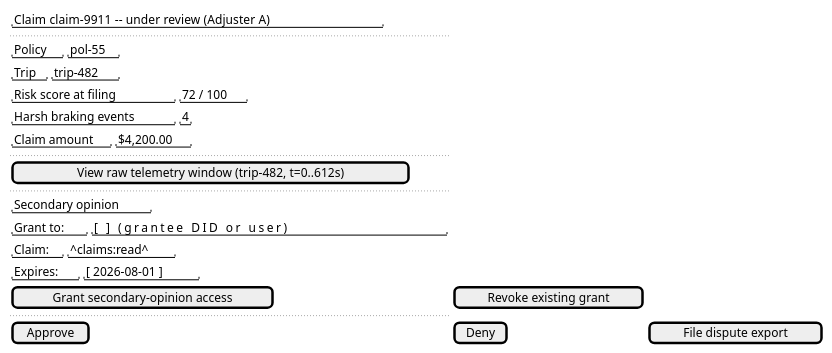
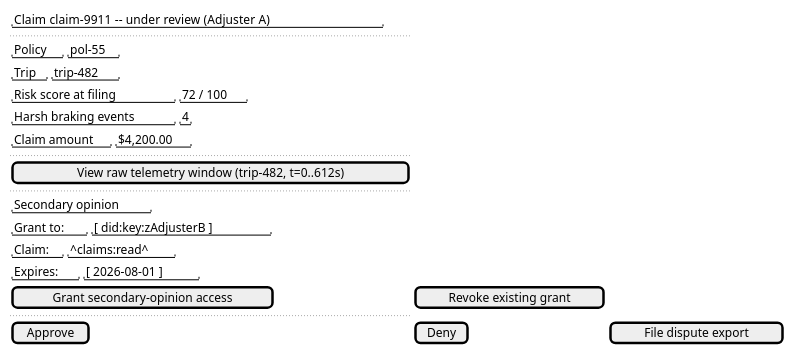
Before and after one commit to Mwwhited-BookLearning/EventSourcing: the sixth of 8 diagrams in docs/domains/insurance-telematics/features/usage-based-insurance-trip-scoring-and-claim.md, drawn with PlantUML. The commit also changed other lines of this file and 37 other files, not shown here.

````diff
--- a/docs/domains/insurance-telematics/features/usage-based-insurance-trip-scoring-and-claim.md
+++ b/docs/domains/insurance-telematics/features/usage-based-insurance-trip-scoring-and-claim.md
@@ -379,23 +402,23 @@
 ```plantuml
 @startsalt
 {
   { "Claim claim-9911 -- under review  (Adjuster A)" }
   ..
   { "Policy" | "pol-55" }
   { "Trip"   | "trip-482" }
   { "Risk score at filing" | "72 / 100" }
   { "Harsh braking events" | "4" }
   { "Claim amount" | "$4,200.00" }
   ..
   [ View raw telemetry window (trip-482, t=0..612s) ]
   ..
   { "Secondary opinion" }
-  { "Grant to:" | "[                    ] (grantee DID or user)" }
-  { "Claim:"    | "^claims:read^"                              }
-  { "Expires:"  | "[ 2026-08-01 ]"                              }
+  { "Grant to:" | "[ did:key:zAdjusterB ]" }
+  { "Claim:"    | "^claims:read^"        }
+  { "Expires:"  | "[ 2026-08-01 ]"       }
   [ Grant secondary-opinion access ] | [ Revoke existing grant ]
   ..
   [ Approve ] | [ Deny ] | [ File dispute export ]
 }
 @endsalt
 ```
````
